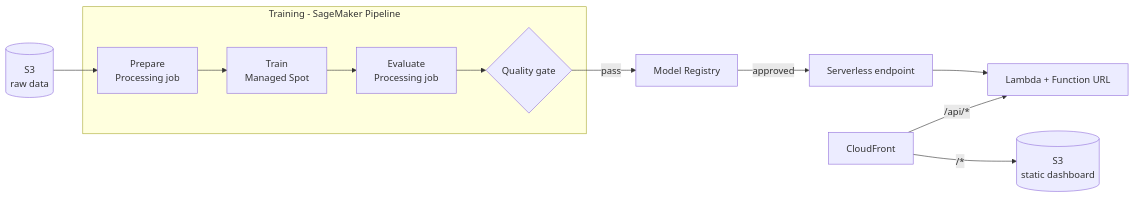
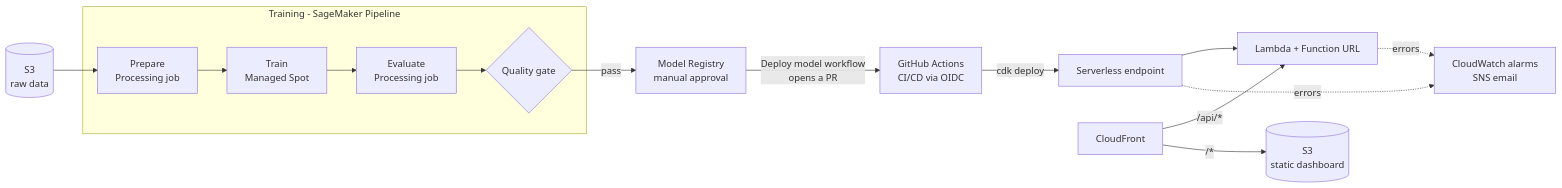
One commit to Haadhi-Mohammed/sepsis-early-warning changed the diagram in README.md. Above: the diagram before and after it, drawn with Mermaid. The commit also changed other lines of this file and 4 other files, not shown here.

````diff
--- a/README.md
+++ b/README.md
@@ -61,12 +63,15 @@
 ```mermaid
 flowchart LR
     subgraph train["Training - SageMaker Pipeline"]
         P[Prepare<br/>Processing job] --> T[Train<br/>Managed Spot] --> E[Evaluate<br/>Processing job] --> Q{Quality gate}
     end
     S3[(S3<br/>raw data)] --> P
-    Q -->|pass| R[Model Registry]
-    R -->|approved| EP[Serverless endpoint]
+    Q -->|pass| R[Model Registry<br/>manual approval]
+    R -->|Deploy model workflow<br/>opens a PR| GH[GitHub Actions<br/>CI/CD via OIDC]
+    GH -->|cdk deploy| EP[Serverless endpoint]
     EP --> API[Lambda + Function URL]
     CF[CloudFront] -->|/api/*| API
     CF -->|/*| WEB[(S3<br/>static dashboard)]
+    API -. errors .-> CW[CloudWatch alarms<br/>SNS email]
+    EP -. errors .-> CW
 ```
````
